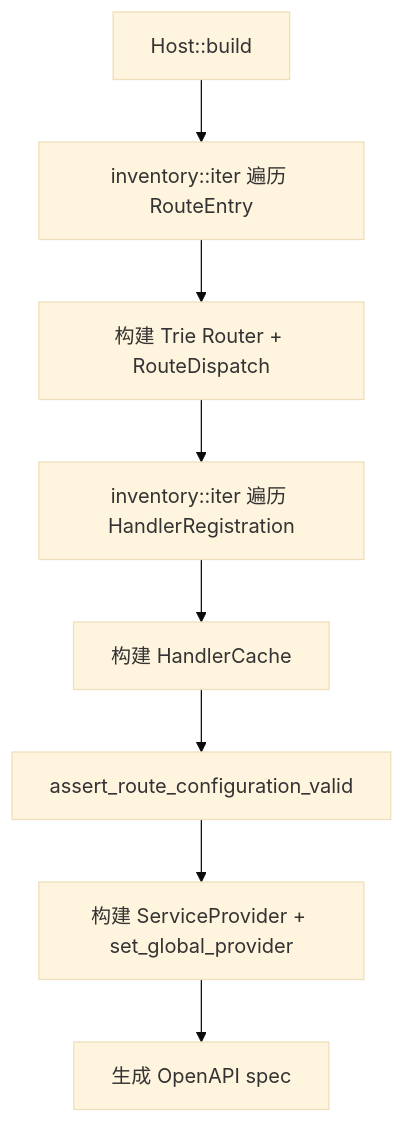
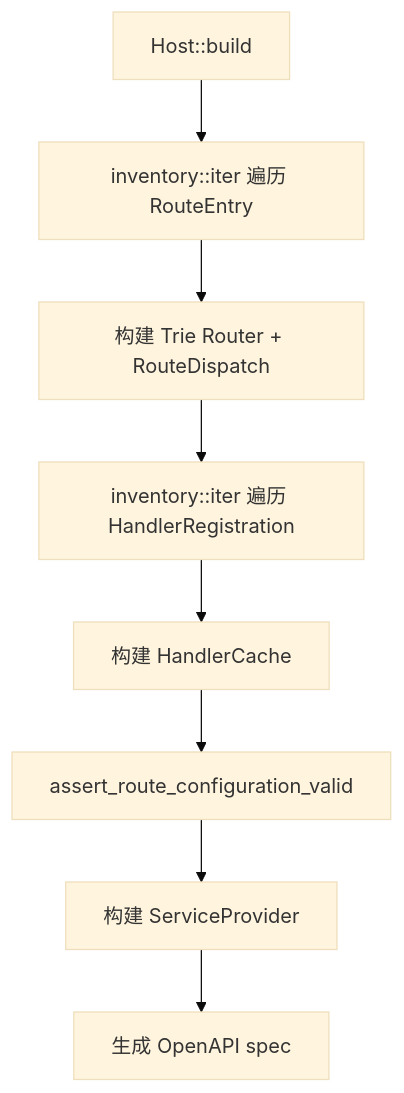
Before and after one commit to Rust-Framework/rust-webx: the diagram in docs/rust-webx/04-architecture/compile-time-scan.md, drawn with Mermaid (base theme). The commit also changed other lines of this file and 81 other files, not shown here.

````diff
--- a/docs/rust-webx/04-architecture/compile-time-scan.md
+++ b/docs/rust-webx/04-architecture/compile-time-scan.md
@@ -32,10 +32,10 @@
 ```mermaid
 graph TD
     A[Host::build] --> B[inventory::iter 遍历 RouteEntry]
     B --> C[构建 Trie Router + RouteDispatch]
     C --> D[inventory::iter 遍历 HandlerRegistration]
     D --> E[构建 HandlerCache]
     E --> F[assert_route_configuration_valid]
-    F --> G[构建 ServiceProvider + set_global_provider]
+    F --> G[构建 ServiceProvider]
     G --> H[生成 OpenAPI spec]
 ```
````
